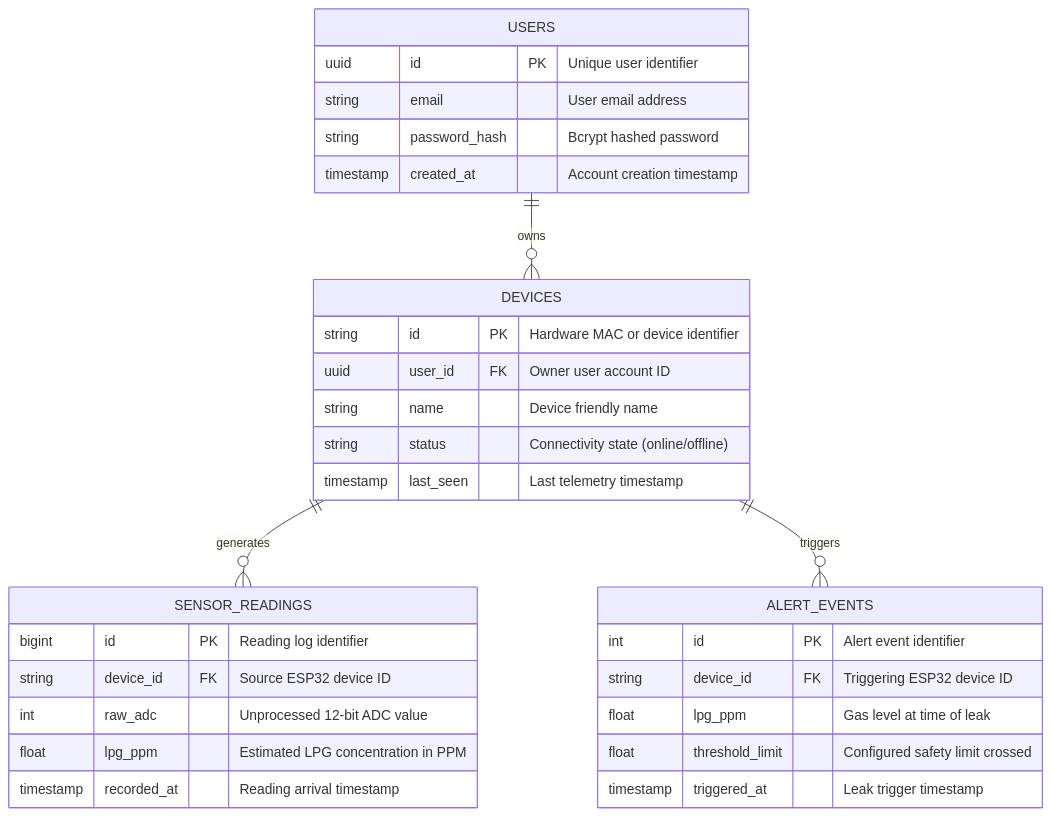
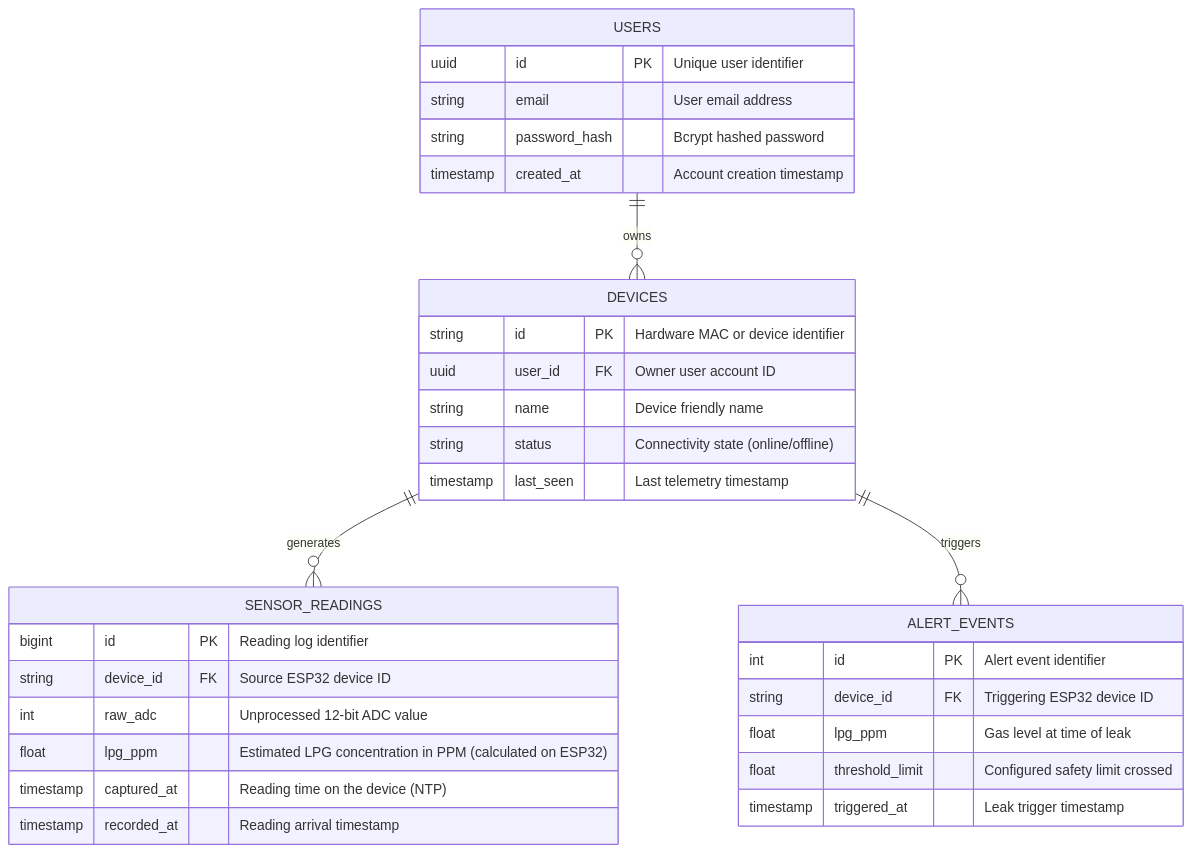
Before and after one commit to abdularhman2341/air-quality-monitoring-system: the diagram in docs/stage-3-ER-Diagram.md, drawn with Mermaid. The commit also changed 14 other files, not shown here.

Commit message:
Align Stage 3 docs and diagrams with LPG design

````diff
--- a/docs/stage-3-ER-Diagram.md
+++ b/docs/stage-3-ER-Diagram.md
@@ -1,37 +1,38 @@
 ```mermaid
 erDiagram
     USERS ||--o{ DEVICES : "owns"
     DEVICES ||--o{ SENSOR_READINGS : "generates"
     DEVICES ||--o{ ALERT_EVENTS : "triggers"
 
     USERS {
         uuid id PK "Unique user identifier"
         string email "User email address"
         string password_hash "Bcrypt hashed password"
         timestamp created_at "Account creation timestamp"
     }
 
     DEVICES {
         string id PK "Hardware MAC or device identifier"
         uuid user_id FK "Owner user account ID"
         string name "Device friendly name"
         string status "Connectivity state (online/offline)"
         timestamp last_seen "Last telemetry timestamp"
     }
 
     SENSOR_READINGS {
         bigint id PK "Reading log identifier"
         string device_id FK "Source ESP32 device ID"
         int raw_adc "Unprocessed 12-bit ADC value"
-        float lpg_ppm "Estimated LPG concentration in PPM"
+        float lpg_ppm "Estimated LPG concentration in PPM (calculated on ESP32)"
+        timestamp captured_at "Reading time on the device (NTP)"
         timestamp recorded_at "Reading arrival timestamp"
     }
 
     ALERT_EVENTS {
         int id PK "Alert event identifier"
         string device_id FK "Triggering ESP32 device ID"
         float lpg_ppm "Gas level at time of leak"
         float threshold_limit "Configured safety limit crossed"
         timestamp triggered_at "Leak trigger timestamp"
     }
 ```
````
